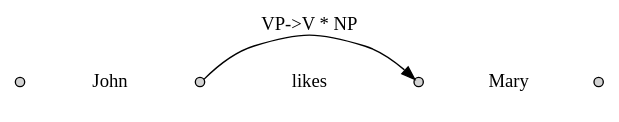
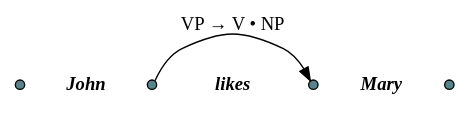
One commit to nltk/nltk_book changed the diagram in images/chart_intro_dottededge.dot. Above: the diagram before and after it, drawn with Graphviz. The commit also changed 29 other files, not shown here.

First line of the commit message:
added HTML entities and LucidaGrande

```diff
--- a/images/chart_intro_dottededge.dot
+++ b/images/chart_intro_dottededge.dot
@@ -1,25 +1,27 @@
 digraph x {
    rankdir=LR;
+   ranksep=0.25;
    
    /* The nodes */
    {
-       node [style=filled,height=0.1,width=0.1];
+       node [style=filled,height=0.1,width=0.1,fillcolor=cadetblue4];
        0 [label=""];
        1 [label=""];
        2 [label=""];
        3 [label=""];
    }
 
    /* The sentence */
    {
        edge [style=invis, weight=100];
-       node [shape=plaintext];
+       node [shape=plaintext,fontname="Times-BoldItalic"];
        0->John->1->likes->2->Mary->3;
    }
    
    /* Edges */
    {
-       1->2 [label="VP->V * NP"];
+       edge [fontname=LucidaGrande];
+       1->2 [label="VP &rarr; V &bull; NP"];
    }
 
 }
```
